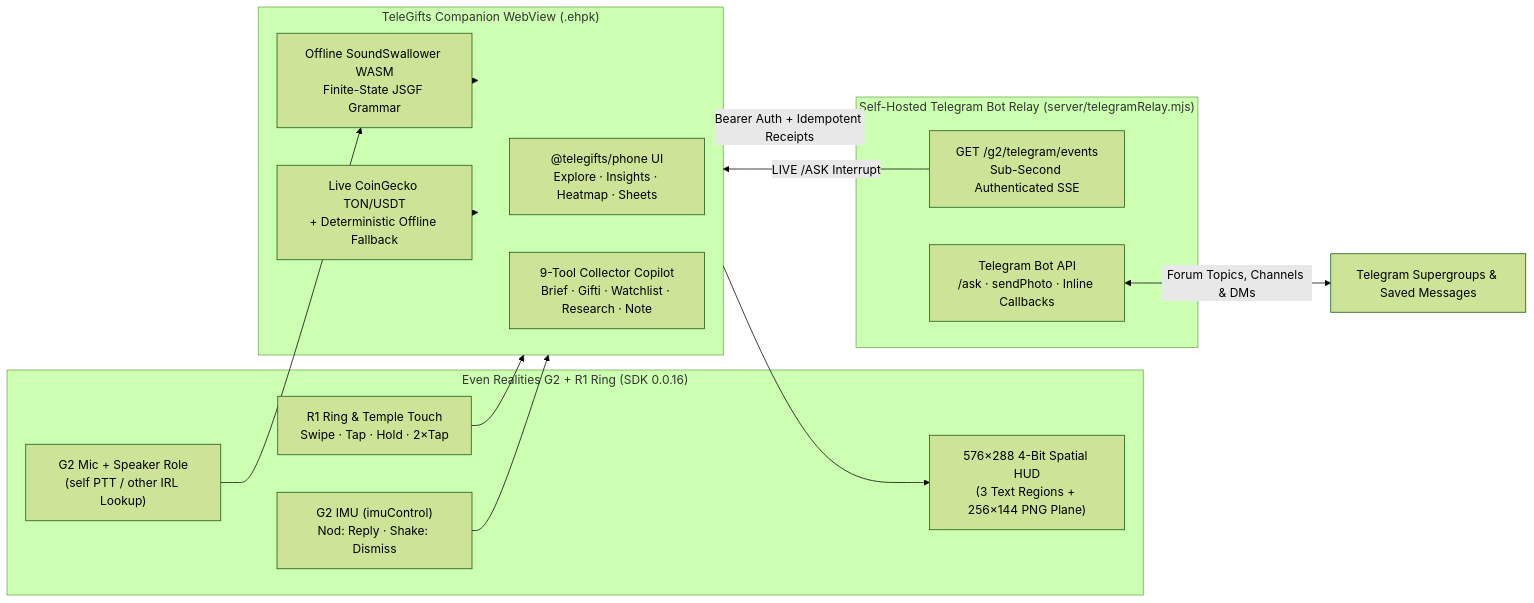
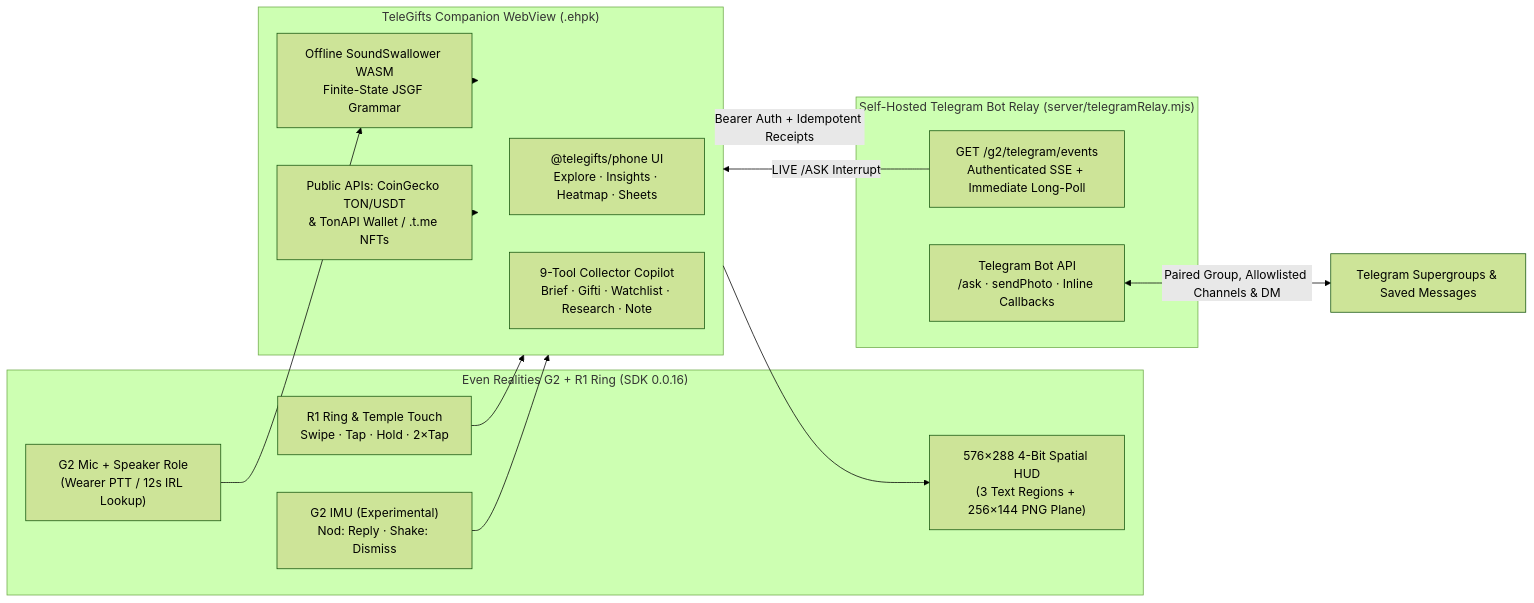
The diagram in SUBMISSION.md (kingkej/telegifts-g2-sample), drawn with Mermaid (forest theme) before and after one commit. The commit also changed other lines of this file and 21 other files, not shown here.

First line of the commit message:
fix: harden TonAPI portfolio lookup, G2 audio/HUD realism, relay allowlist, and Studio UX (#1)

````diff
--- a/SUBMISSION.md
+++ b/SUBMISSION.md
@@ -31,30 +28,30 @@
 ```mermaid
 flowchart LR
   subgraph Glasses["Even Realities G2 + R1 Ring (SDK 0.0.16)"]
     HUD["576×288 4-Bit Spatial HUD\n(3 Text Regions + 256×144 PNG Plane)"]
-    MIC["G2 Mic + Speaker Role\n(self PTT / other IRL Lookup)"]
-    IMU["G2 IMU (imuControl)\nNod: Reply · Shake: Dismiss"]
+    MIC["G2 Mic + Speaker Role\n(Wearer PTT / 12s IRL Lookup)"]
+    IMU["G2 IMU (Experimental)\nNod: Reply · Shake: Dismiss"]
     RING["R1 Ring & Temple Touch\nSwipe · Tap · Hold · 2×Tap"]
   end
 
   subgraph Companion["TeleGifts Companion WebView (.ehpk)"]
     UI["@telegifts/phone UI\nExplore · Insights · Heatmap · Sheets"]
     COPILOT["9-Tool Collector Copilot\nBrief · Gifti · Watchlist · Research · Note"]
     ASR["Offline SoundSwallower WASM\nFinite-State JSGF Grammar"]
-    TICKER["Live CoinGecko TON/USDT\n+ Deterministic Offline Fallback"]
+    PUBLIC["Public APIs: CoinGecko TON/USDT\n& TonAPI Wallet / .t.me NFTs"]
   end
 
   subgraph Relay["Self-Hosted Telegram Bot Relay (server/telegramRelay.mjs)"]
-    SSE["GET /g2/telegram/events\nSub-Second Authenticated SSE"]
+    SSE["GET /g2/telegram/events\nAuthenticated SSE + Immediate Long-Poll"]
     BOT["Telegram Bot API\n/ask · sendPhoto · Inline Callbacks"]
   end
 
   RING --> Companion
   MIC --> ASR --> Companion
   IMU --> Companion
   Companion --> HUD
-  TICKER --> Companion
+  PUBLIC --> Companion
   Companion <-->|"Bearer Auth + Idempotent Receipts"| Relay
   SSE -->|"LIVE /ASK Interrupt"| Companion
-  BOT <-->|"Forum Topics, Channels & DMs"| TG["Telegram Supergroups & Saved Messages"]
+  BOT <-->|"Paired Group, Allowlisted Channels & DM"| TG["Telegram Supergroups & Saved Messages"]
 ```
````
